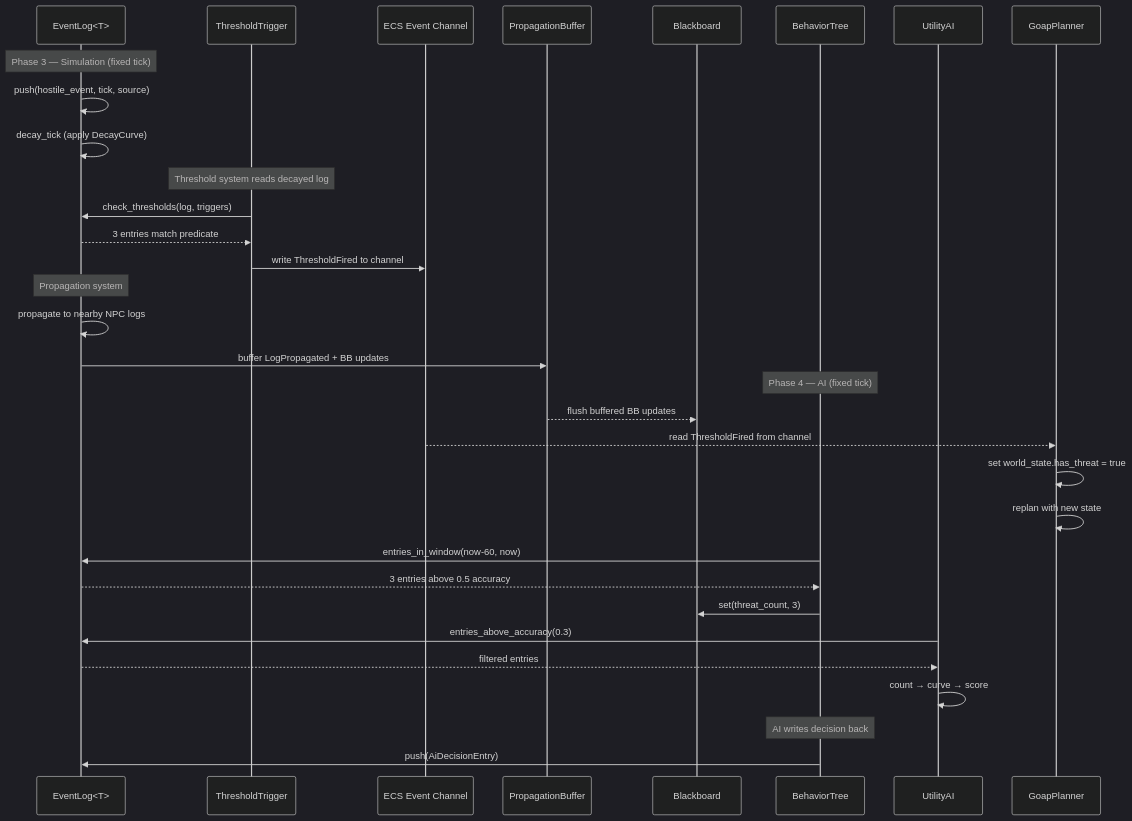
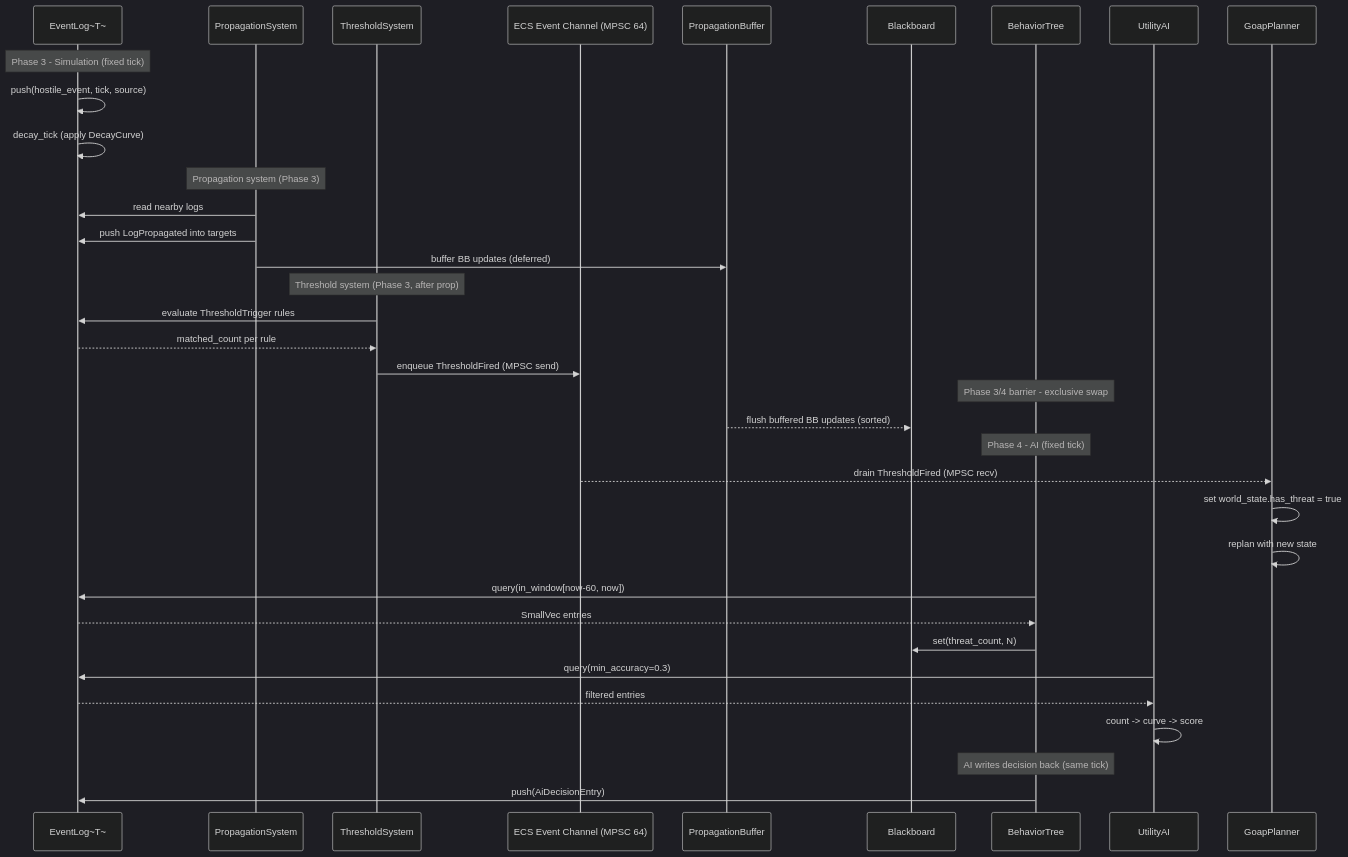
Before and after one commit to harmonius-dev/harmonius: the second of 2 diagrams in docs/design/integration/ai-event-logs.md, drawn with Mermaid (dark theme). The commit also changed other lines of this file and 109 other files, not shown here.

````diff
--- a/docs/design/integration/ai-event-logs.md
+++ b/docs/design/integration/ai-event-logs.md
@@ -187,41 +386,45 @@
 ```mermaid
 sequenceDiagram
-    participant EL as EventLog<T>
-    participant TH as ThresholdTrigger
-    participant EC as ECS Event Channel
+    participant EL as EventLog~T~
+    participant PR as PropagationSystem
+    participant TS as ThresholdSystem
+    participant EC as ECS Event Channel (MPSC 64)
     participant PB as PropagationBuffer
     participant BB as Blackboard
     participant BT as BehaviorTree
     participant UA as UtilityAI
     participant GP as GoapPlanner
 
-    Note over EL: Phase 3 — Simulation (fixed tick)
+    Note over EL: Phase 3 - Simulation (fixed tick)
     EL->>EL: push(hostile_event, tick, source)
     EL->>EL: decay_tick (apply DecayCurve)
 
-    Note over TH: Threshold system reads decayed log
-    TH->>EL: check_thresholds(log, triggers)
-    EL-->>TH: 3 entries match predicate
-    TH->>EC: write ThresholdFired to channel
+    Note over PR: Propagation system (Phase 3)
+    PR->>EL: read nearby logs
+    PR->>EL: push LogPropagated into targets
+    PR->>PB: buffer BB updates (deferred)
 
-    Note over EL: Propagation system
-    EL->>EL: propagate to nearby NPC logs
-    EL->>PB: buffer LogPropagated + BB updates
+    Note over TS: Threshold system (Phase 3, after prop)
+    TS->>EL: evaluate ThresholdTrigger rules
+    EL-->>TS: matched_count per rule
+    TS->>EC: enqueue ThresholdFired (MPSC send)
 
-    Note over BT: Phase 4 — AI (fixed tick)
-    PB-->>BB: flush buffered BB updates
-    EC-->>GP: read ThresholdFired from channel
+    Note over BT: Phase 3/4 barrier - exclusive swap
+    PB-->>BB: flush buffered BB updates (sorted)
+
+    Note over BT: Phase 4 - AI (fixed tick)
+    EC-->>GP: drain ThresholdFired (MPSC recv)
     GP->>GP: set world_state.has_threat = true
     GP->>GP: replan with new state
 
-    BT->>EL: entries_in_window(now-60, now)
-    EL-->>BT: 3 entries above 0.5 accuracy
-    BT->>BB: set(threat_count, 3)
+    BT->>EL: query(in_window[now-60, now])
+    EL-->>BT: SmallVec entries
+    BT->>BB: set(threat_count, N)
 
-    UA->>EL: entries_above_accuracy(0.3)
+    UA->>EL: query(min_accuracy=0.3)
     EL-->>UA: filtered entries
-    UA->>UA: count → curve → score
+    UA->>UA: count -> curve -> score
 
-    Note over BT: AI writes decision back
+    Note over BT: AI writes decision back (same tick)
     BT->>EL: push(AiDecisionEntry)
 ```
````
